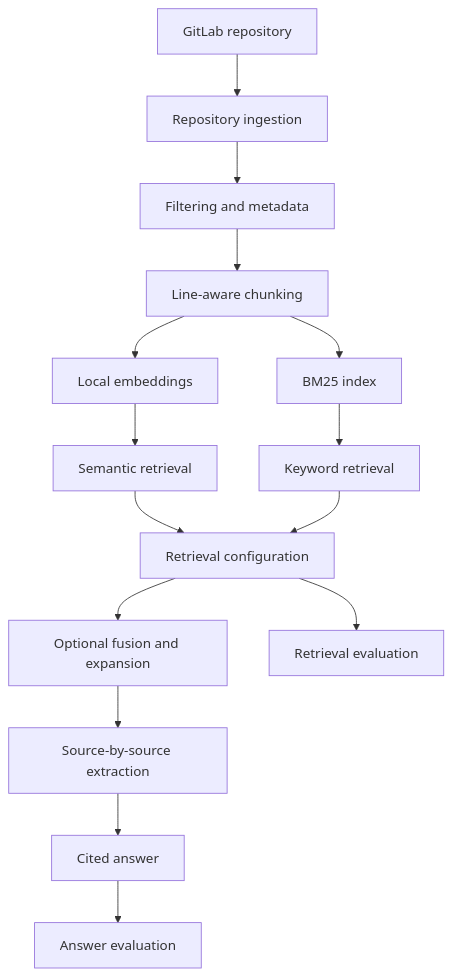
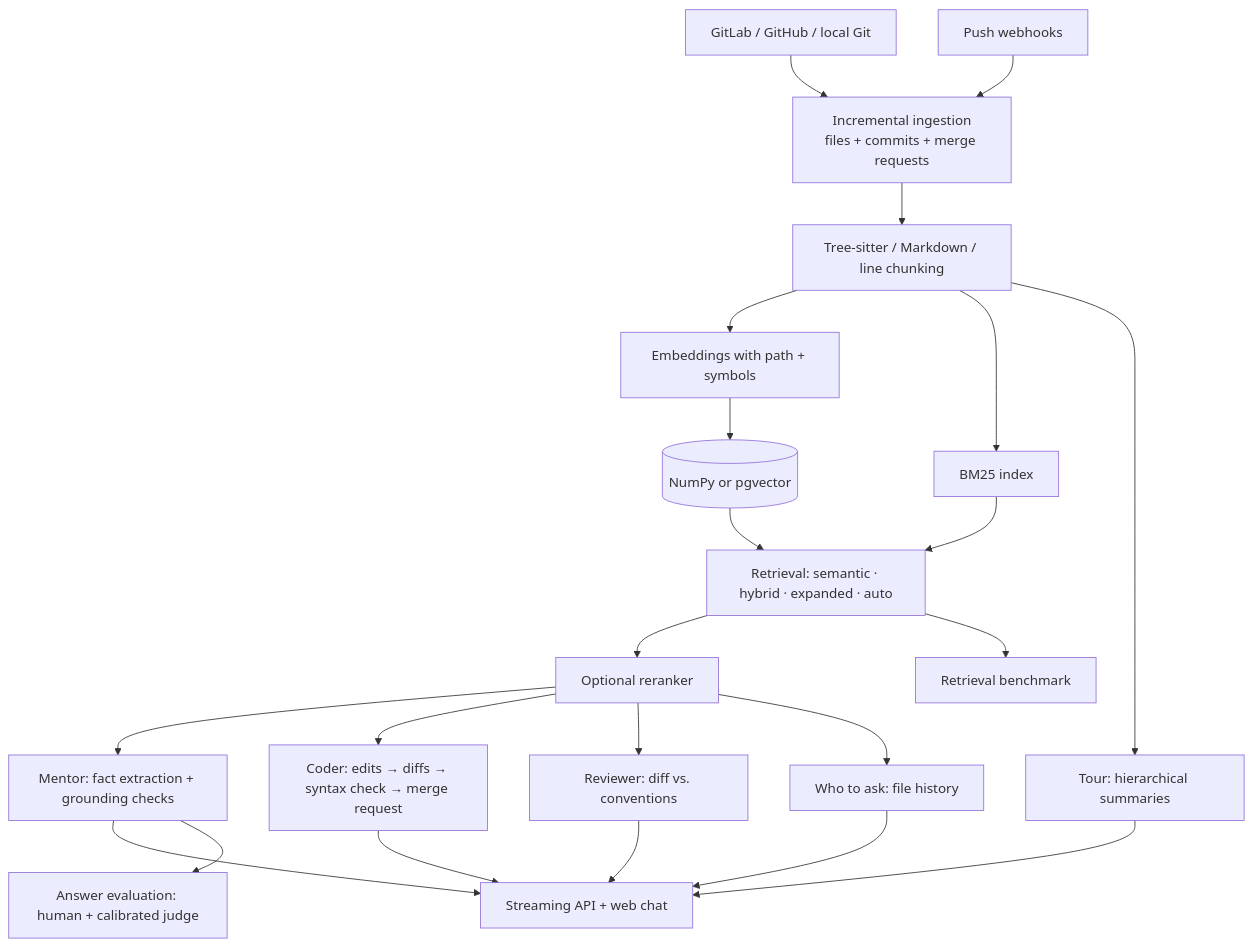
Before and after one commit to parvvaresh/repomentor: the diagram in README.md, drawn with Mermaid. The commit also changed other lines of this file, not shown here.

Commit message:
Document the package, agents, deployment and new evaluation results

````diff
--- a/README.md
+++ b/README.md
@@ -59,17 +56,20 @@
 ```mermaid
 flowchart TD
-    A[GitLab repository] --> B[Repository ingestion]
-    B --> C[Filtering and metadata]
-    C --> D[Line-aware chunking]
-    D --> E[Local embeddings]
-    D --> F[BM25 index]
-    E --> G[Semantic retrieval]
-    F --> H[Keyword retrieval]
-    G --> I[Retrieval configuration]
-    H --> I
-    I --> J[Optional fusion and expansion]
-    J --> K[Source-by-source extraction]
-    K --> L[Cited answer]
-    I --> M[Retrieval evaluation]
-    L --> N[Answer evaluation]
+    A[GitLab / GitHub / local Git] --> B[Incremental ingestion<br/>files + commits + merge requests]
+    W[Push webhooks] --> B
+    B --> C[Tree-sitter / Markdown / line chunking]
+    C --> D[Embeddings with path + symbols]
+    C --> F[BM25 index]
+    D --> V[(NumPy or pgvector)]
+    V --> G[Retrieval: semantic · hybrid · expanded · auto]
+    F --> G
+    G --> R[Optional reranker]
+    R --> M[Mentor: fact extraction + grounding checks]
+    R --> K[Coder: edits → diffs → syntax check → merge request]
+    R --> RV[Reviewer: diff vs. conventions]
+    R --> E[Who to ask: file history]
+    C --> T[Tour: hierarchical summaries]
+    M & K & RV & E & T --> S[Streaming API + web chat]
+    G --> X[Retrieval benchmark]
+    M --> Y[Answer evaluation: human + calibrated judge]
 ```
````
